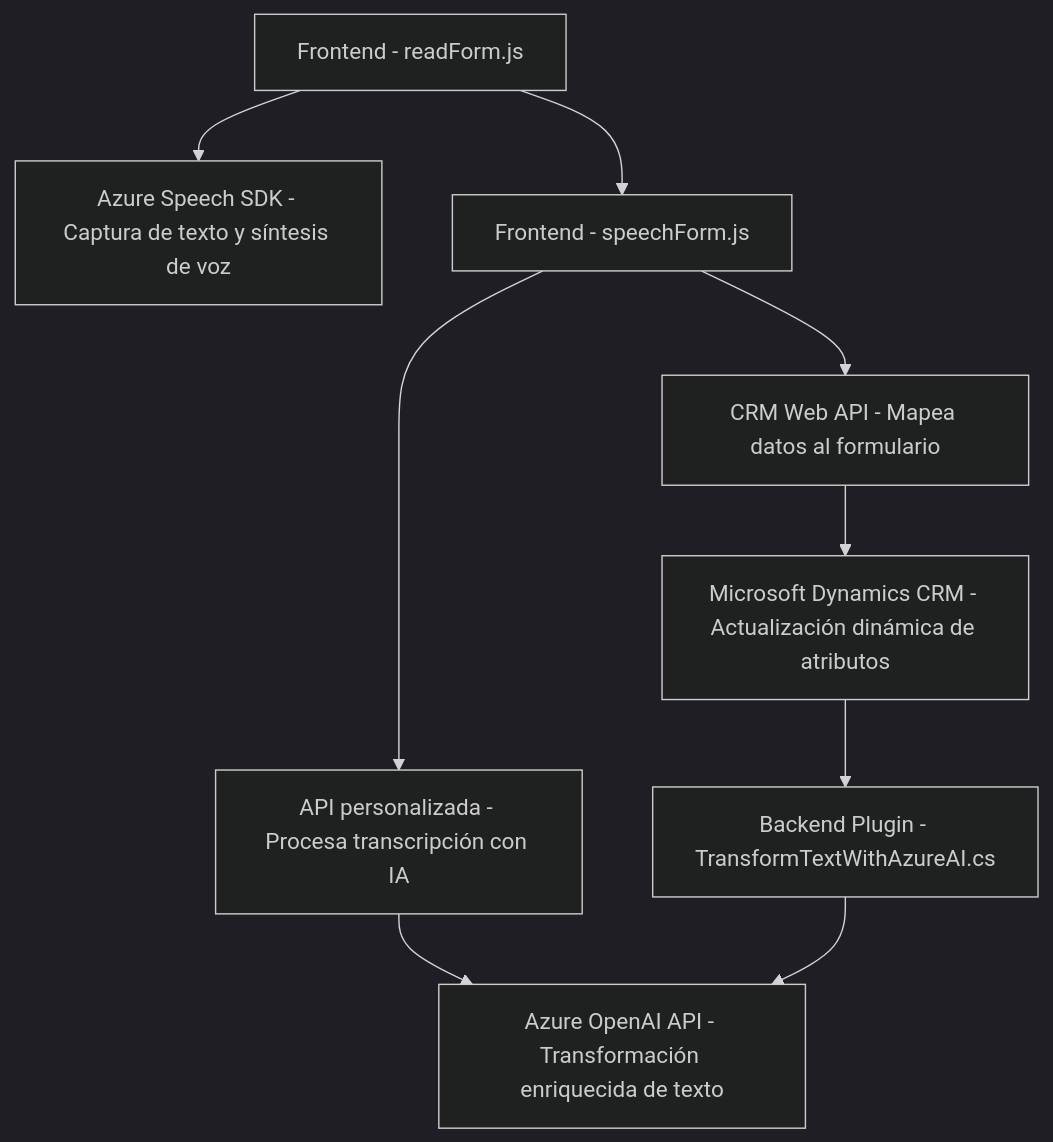
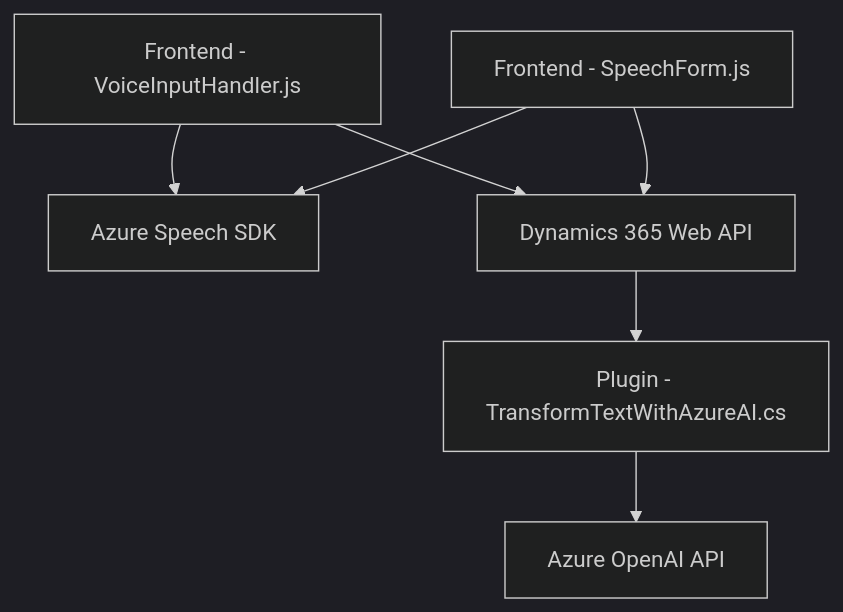
One commit to blopezdm/NETCORE_BILBAO2025 changed the diagram in README.md. Above: the diagram before and after it, drawn with Mermaid (dark theme). The commit also changed other lines of this file, not shown here.

Commit message:
Actualizar análisis global de la solución con IA

````diff
--- a/README.md
+++ b/README.md
@@ -37,12 +35,16 @@
 ```mermaid
 graph TD
-    A["Frontend - readForm.js"] --> B["Azure Speech SDK - Captura de texto y síntesis de voz"]
-    A --> C["Frontend - speechForm.js"]
-    C --> D["API personalizada - Procesa transcripción con IA"]
-    C --> E["CRM Web API - Mapea datos al formulario"]
-    E --> F["Microsoft Dynamics CRM - Actualización dinámica de atributos"]
-    D --> G["Azure OpenAI API - Transformación enriquecida de texto"]
+  A["Frontend - VoiceInputHandler.js"]
+  B["Frontend - SpeechForm.js"]
+  C["Plugin - TransformTextWithAzureAI.cs"]
+  D["Azure Speech SDK"]
+  E["Dynamics 365 Web API"]
+  F["Azure OpenAI API"]
 
-    F --> H["Backend Plugin - TransformTextWithAzureAI.cs"]
-    H --> G
+  A --> D
+  B --> D
+  A --> E
+  B --> E
+  E --> C
+  C --> F
 ```
````
